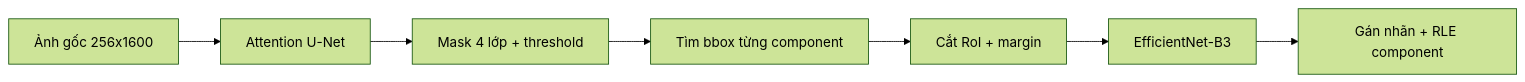
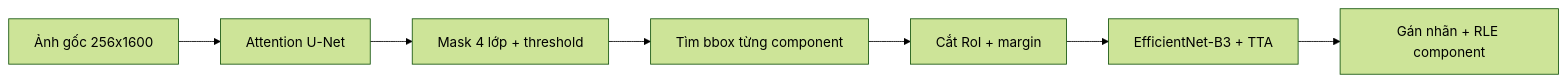
The diagram in Readme.md (ThachPhung/Segmentation-Multi-classification), drawn with Mermaid (forest theme) before and after one commit. The commit also changed other lines of this file and 43 other files, not shown here.

````diff
--- a/Readme.md
+++ b/Readme.md
@@ -120,9 +509,9 @@
 ```mermaid
 flowchart LR
     A[Ảnh gốc 256x1600] --> B[Attention U-Net]
     B --> C[Mask 4 lớp + threshold]
     C --> D[Tìm bbox từng component]
     D --> E[Cắt RoI + margin]
-    E --> F[EfficientNet-B3]
+    E --> F[EfficientNet-B3 + TTA]
     F --> G[Gán nhãn + RLE component]
 ```
````
